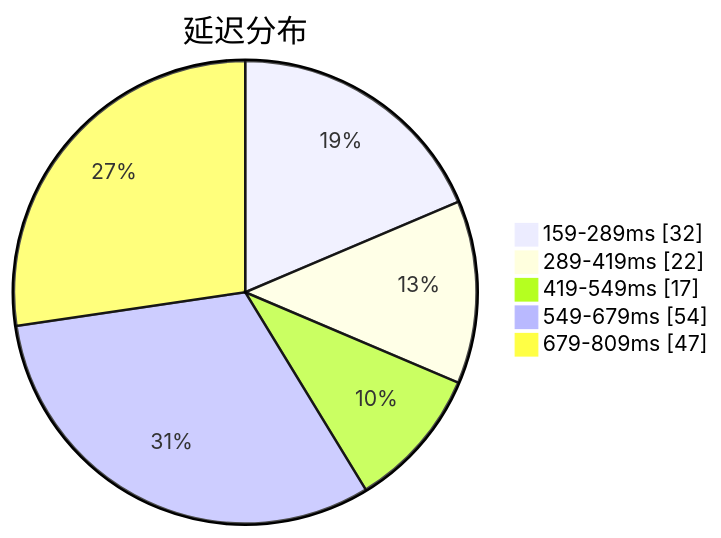
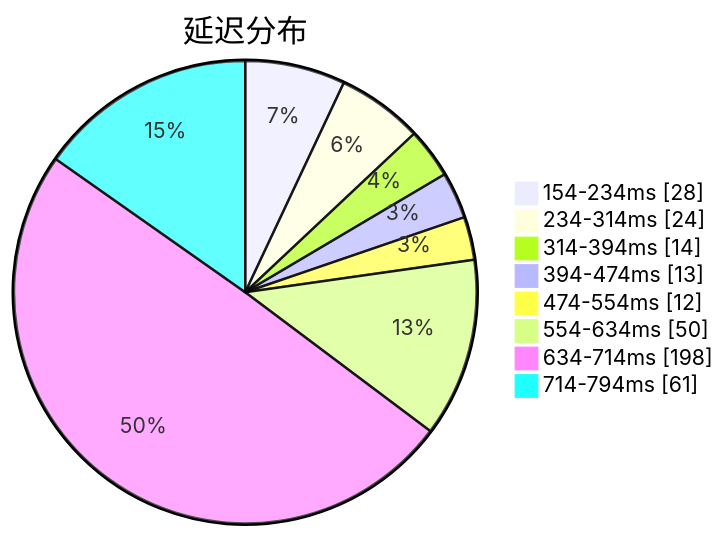
Before and after one commit to qjlxg/airport: the first of 3 diagrams in subs/statistics/tested_within.md, drawn with Mermaid. The commit also changed other lines of this file and 2 other files, not shown here.

````diff
--- a/subs/statistics/tested_within.md
+++ b/subs/statistics/tested_within.md
@@ -2,9 +2,12 @@
 ```mermaid
 pie showData
 title 延迟分布
-"159-289ms" : 32
-"289-419ms" : 22
-"419-549ms" : 17
-"549-679ms" : 54
-"679-809ms" : 47
+"154-234ms" : 28
+"234-314ms" : 24
+"314-394ms" : 14
+"394-474ms" : 13
+"474-554ms" : 12
+"554-634ms" : 50
+"634-714ms" : 198
+"714-794ms" : 61
 ```
````
